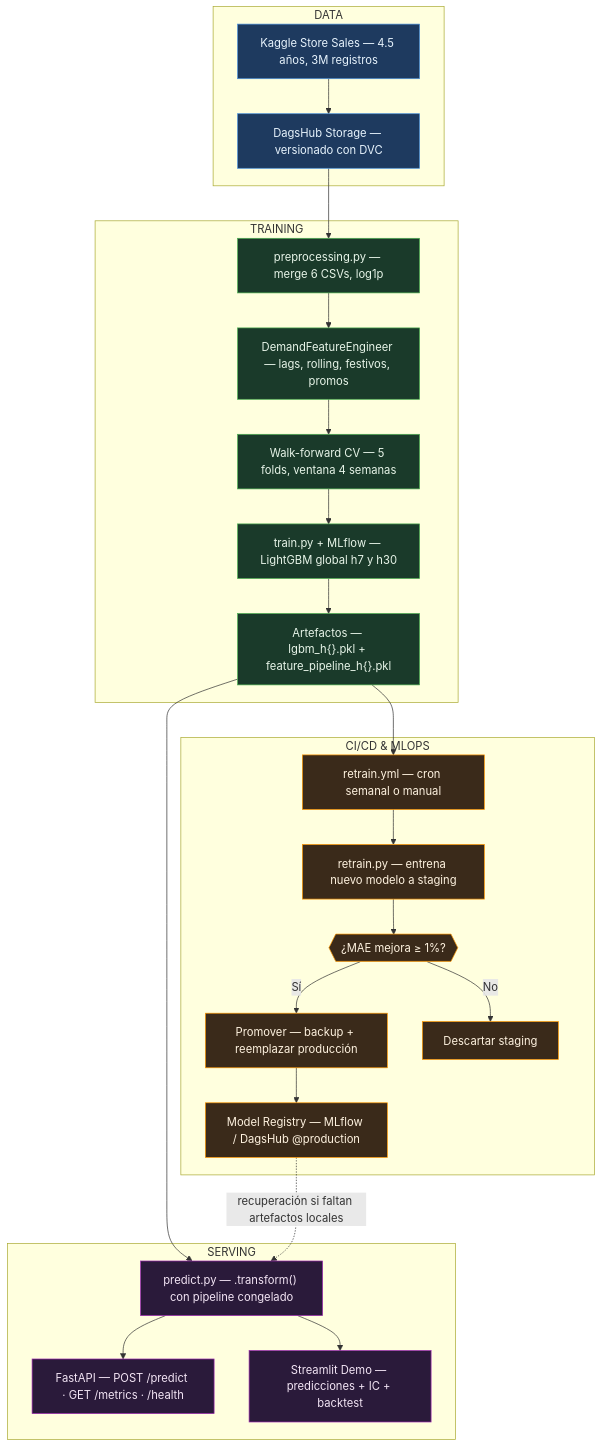
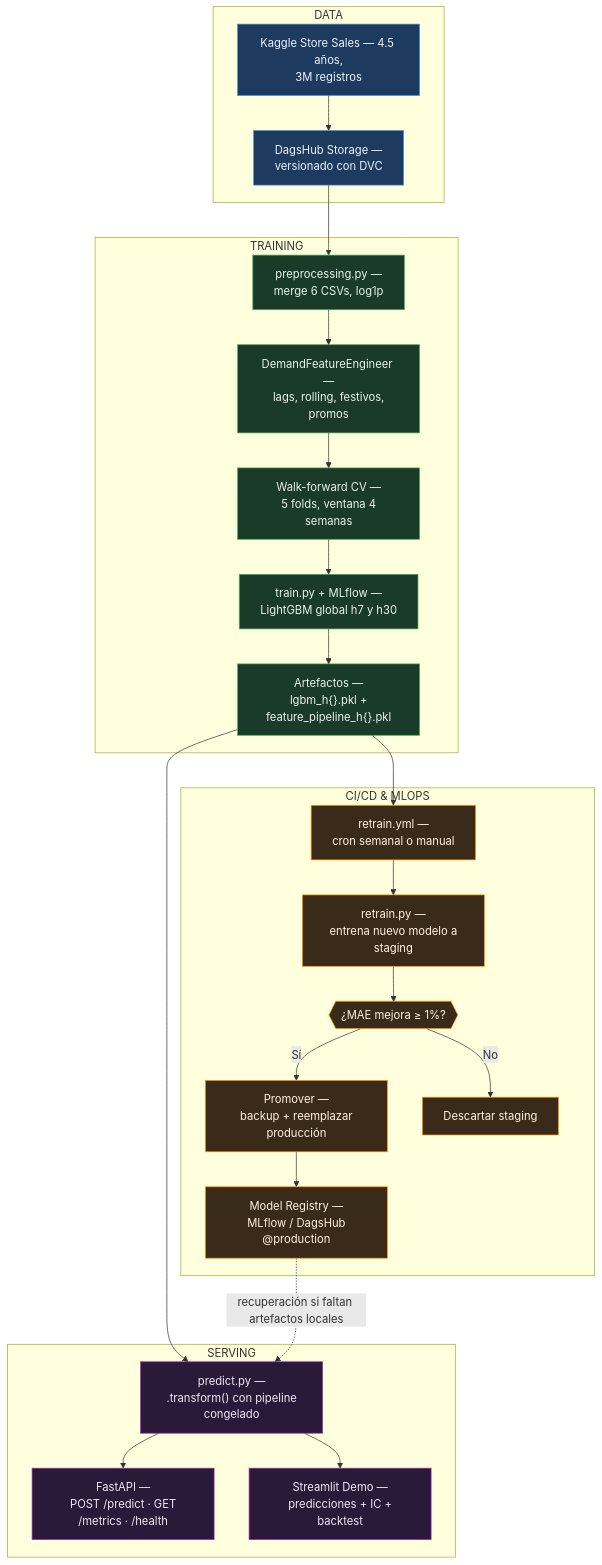
One commit to jorgesandovalpablo/demand-forecast changed the diagram in README.md. Above: the diagram before and after it, drawn with Mermaid.

Commit message:
update: new mermaid that improve the visualization of the architecture

````diff
--- a/README.md
+++ b/README.md
@@ -69,52 +69,52 @@
 ```mermaid
 flowchart TB
     classDef data  fill:#1e3a5f,stroke:#4a90d9,color:#e8f4fd
     classDef train fill:#1a3a2a,stroke:#4caf50,color:#e8f5e9
     classDef mlops fill:#3a2a1a,stroke:#ff9800,color:#fff3e0
     classDef serve fill:#2a1a3a,stroke:#9c27b0,color:#f3e5f5
 
     subgraph DATA[" DATA"]
-        A1["Kaggle Store Sales — 4.5 años, 3M registros"]
-        A2["DagsHub Storage — versionado con DVC"]
+        A1["Kaggle Store Sales — 4.5 años,\n3M registros"]
+        A2["DagsHub Storage —\n versionado con DVC"]
         A1 --> A2
     end
 
     subgraph TRAIN[" TRAINING"]
-        B1["preprocessing.py — merge 6 CSVs, log1p"]
-        B2["DemandFeatureEngineer — lags, rolling, festivos, promos"]
-        B3["Walk-forward CV — 5 folds, ventana 4 semanas"]
-        B4["train.py + MLflow — LightGBM global h7 y h30"]
-        B5["Artefactos — lgbm_h{}.pkl + feature_pipeline_h{}.pkl"]
+        B1["preprocessing.py —\n merge 6 CSVs, log1p"]
+        B2["DemandFeatureEngineer —\n lags, rolling, festivos, promos"]
+        B3["Walk-forward CV —\n 5 folds, ventana 4 semanas"]
+        B4["train.py + MLflow —\n LightGBM global h7 y h30"]
+        B5["Artefactos —\n lgbm_h{}.pkl + feature_pipeline_h{}.pkl"]
         B1 --> B2 --> B3 --> B4 --> B5
     end
 
     subgraph MLOPS[" CI/CD & MLOPS"]
-        C1["retrain.yml — cron semanal o manual"]
-        C2["retrain.py — entrena nuevo modelo a staging"]
+        C1["retrain.yml —\n cron semanal o manual"]
+        C2["retrain.py —\n entrena nuevo modelo a staging"]
         C3{{"¿MAE mejora ≥ 1%?"}}
-        C4["Promover — backup + reemplazar producción"]
+        C4["Promover —\n backup + reemplazar producción"]
         C5["Descartar staging"]
-        C6["Model Registry — MLflow / DagsHub @production"]
+        C6["Model Registry —\n MLflow / DagsHub @production"]
         C1 --> C2 --> C3
         C3 -- Sí --> C4 --> C6
         C3 -- No --> C5
     end
 
     subgraph SERVE[" SERVING"]
-        D1["predict.py — .transform() con pipeline congelado"]
-        D2["FastAPI — POST /predict · GET /metrics · /health"]
-        D3["Streamlit Demo — predicciones + IC + backtest"]
+        D1["predict.py —\n .transform() con pipeline congelado"]
+        D2["FastAPI —\n POST /predict · GET /metrics · /health"]
+        D3["Streamlit Demo —\n predicciones + IC + backtest"]
         D1 --> D2
         D1 --> D3
     end
 
     A2 --> B1
     B5 --> C1
     B5 --> D1
     C6 -. "recuperación si faltan artefactos locales" .-> D1
 
     class A1,A2 data
     class B1,B2,B3,B4,B5 train
     class C1,C2,C3,C4,C5,C6 mlops
     class D1,D2,D3 serve
 ```
````
